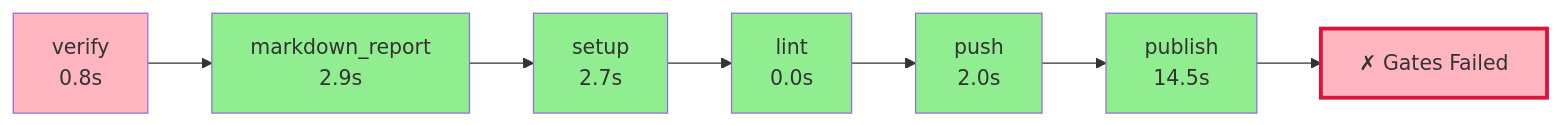
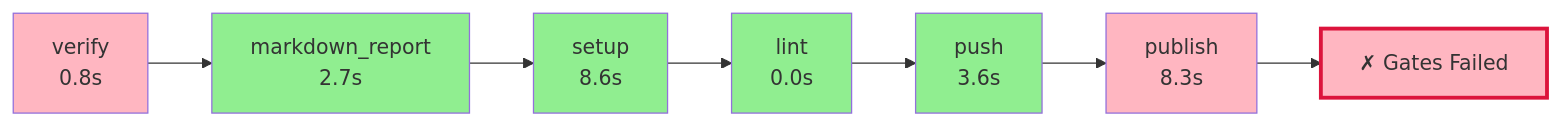
Before and after one commit to wronai/fixos: the diagram in .pyqual/report.md, drawn with Mermaid. The commit also changed other lines of this file and 8 other files, not shown here.

````diff
--- a/.pyqual/report.md
+++ b/.pyqual/report.md
@@ -10,23 +10,23 @@
 ```mermaid
 flowchart LR
     S0["verify<br/>0.8s"]
     style S0 fill:#FFB6C1
-    S1["markdown_report<br/>2.9s"]
+    S1["markdown_report<br/>2.7s"]
     style S1 fill:#90EE90
     S0 --> S1
-    S2["setup<br/>2.7s"]
+    S2["setup<br/>8.6s"]
     style S2 fill:#90EE90
     S1 --> S2
     S3["lint<br/>0.0s"]
     style S3 fill:#90EE90
     S2 --> S3
-    S4["push<br/>2.0s"]
+    S4["push<br/>3.6s"]
     style S4 fill:#90EE90
     S3 --> S4
-    S5["publish<br/>14.5s"]
-    style S5 fill:#90EE90
+    S5["publish<br/>8.3s"]
+    style S5 fill:#FFB6C1
     S4 --> S5
     G["✗ Gates Failed"]
     style G fill:#FFB6C1,stroke:#DC143C,stroke-width:3px
     S5 --> G
 ```
````
